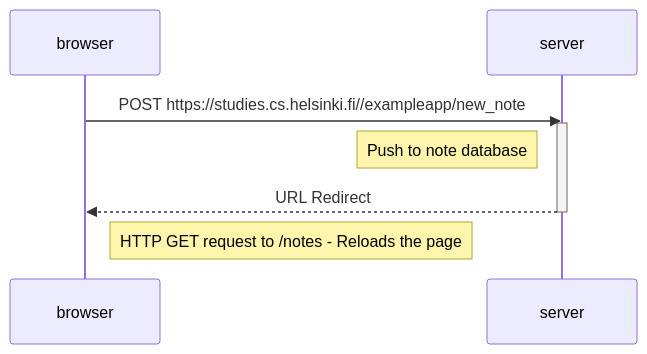
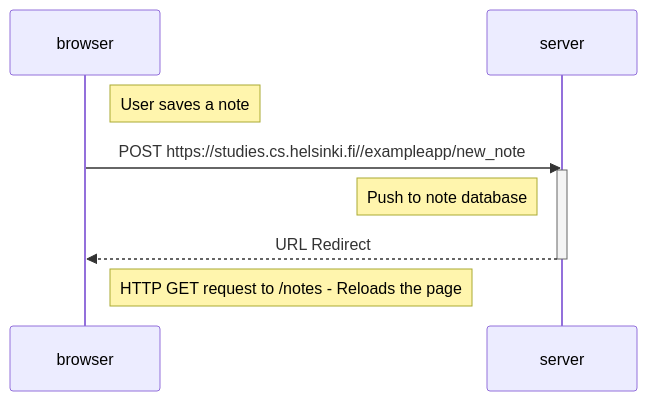
Before and after one commit to CatmanThree/fs-part0: the first of 3 diagrams in readme.md, drawn with Mermaid.

````diff
--- a/readme.md
+++ b/readme.md
@@ -2,13 +2,14 @@
 ```mermaid
   sequenceDiagram
       participant browser
       participant server
-  
+
+      Note right of browser: User saves a note
       browser->>server: POST https://studies.cs.helsinki.fi//exampleapp/new_note
       activate server
       Note left of server: Push to note database
       server-->>browser: URL Redirect
       deactivate server
   
       Note right of browser: HTTP GET request to /notes - Reloads the page
 ```
````
